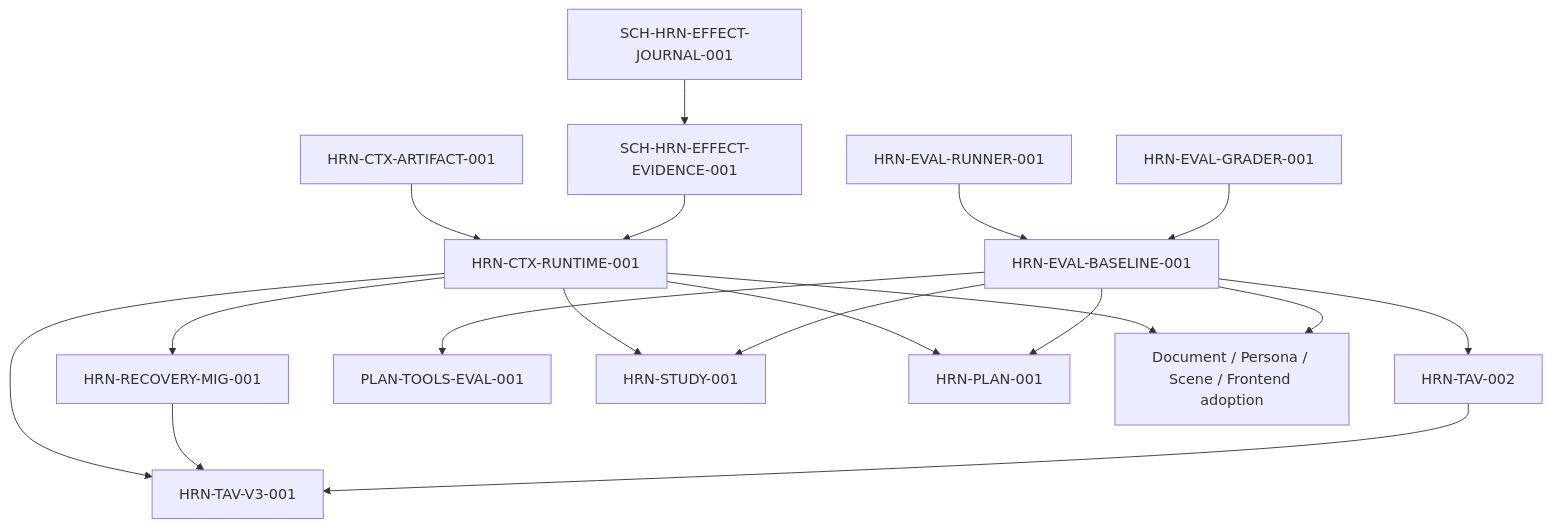
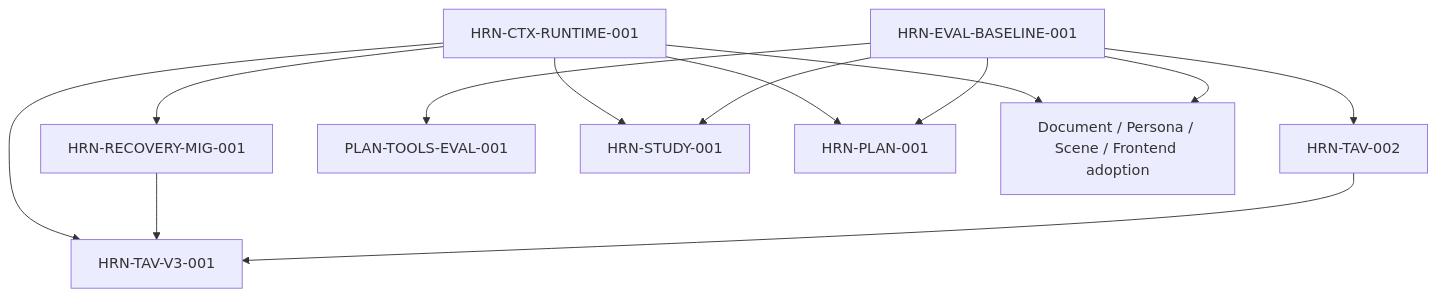
The diagram in docs/harness-roadmap.md (FrightenedFoxCN/vibe-learner), drawn with Mermaid before and after one commit. The commit also changed other lines of this file and 25 other files, not shown here.

````diff
--- a/docs/harness-roadmap.md
+++ b/docs/harness-roadmap.md
@@ -81,23 +90,16 @@
 ```mermaid
 flowchart TD
-    ART[HRN-CTX-ARTIFACT-001] --> RT[HRN-CTX-RUNTIME-001]
-    EJ[SCH-HRN-EFFECT-JOURNAL-001] --> EE[SCH-HRN-EFFECT-EVIDENCE-001]
-    EE --> RT
-
-    ER[HRN-EVAL-RUNNER-001] --> EB[HRN-EVAL-BASELINE-001]
-    EG[HRN-EVAL-GRADER-001] --> EB
-
-    RT --> RM[HRN-RECOVERY-MIG-001]
-    EB --> TAV_EVAL[HRN-TAV-002]
+    RT[HRN-CTX-RUNTIME-001] --> RM[HRN-RECOVERY-MIG-001]
+    EB[HRN-EVAL-BASELINE-001] --> TAV_EVAL[HRN-TAV-002]
     EB --> PLAN_TOOL[PLAN-TOOLS-EVAL-001]
 
     RT --> TAV3[HRN-TAV-V3-001]
     RM --> TAV3
     TAV_EVAL --> TAV3
     RT --> STUDY[HRN-STUDY-001]
     EB --> STUDY
     RT --> PLAN[HRN-PLAN-001]
     EB --> PLAN
     RT --> OTHER[Document / Persona / Scene / Frontend adoption]
     EB --> OTHER
 ```
````
